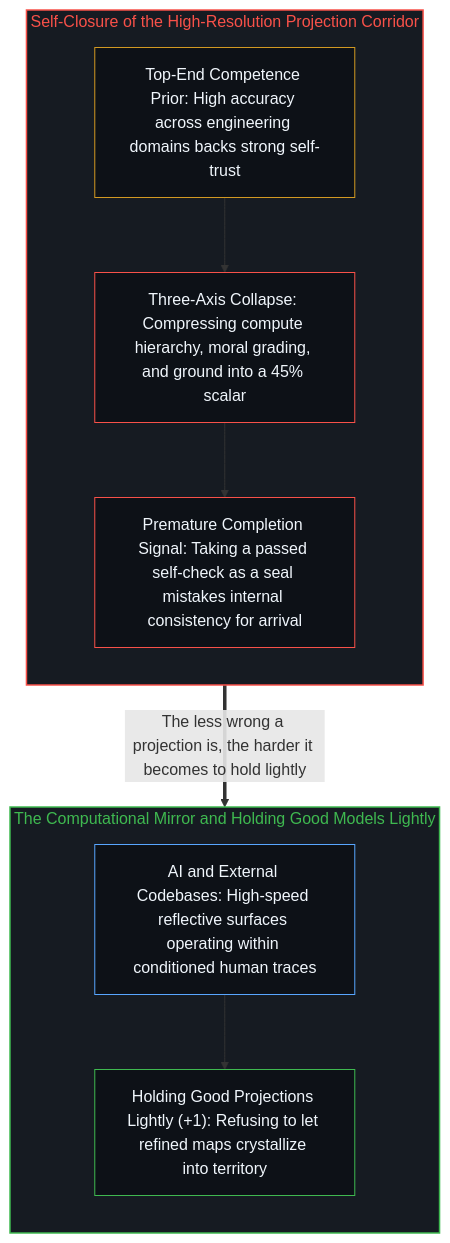
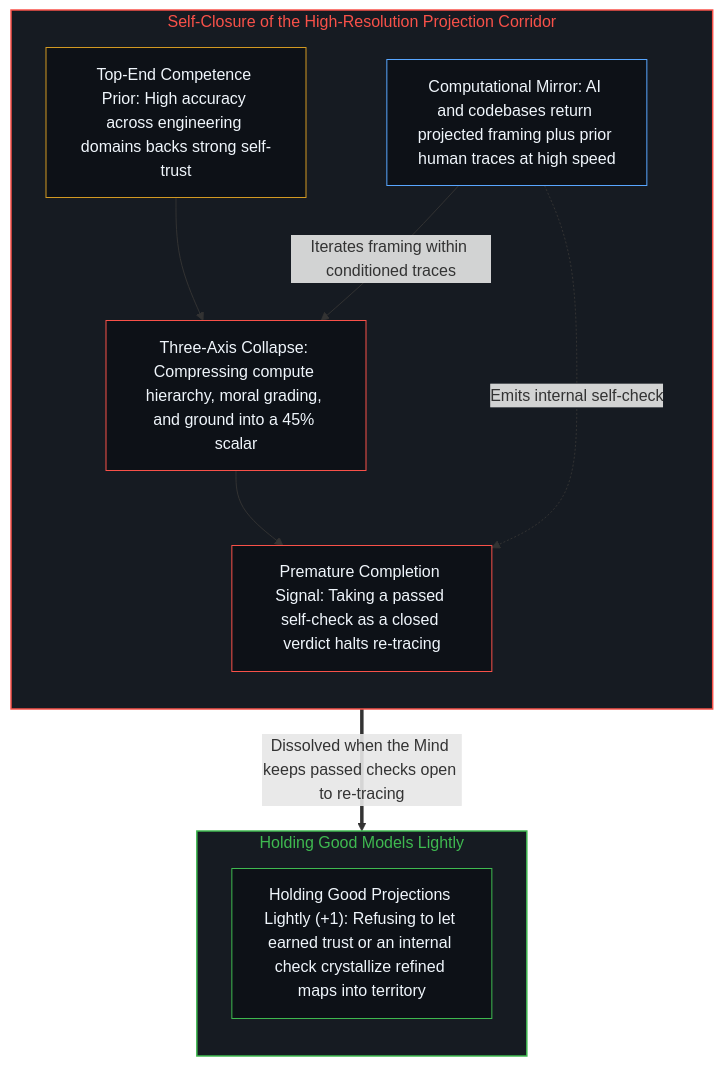
Before and after one commit to powerpig99/not-a-toe: the second of 2 diagrams in content/posts/intelligence-traps-itself.md, drawn with Mermaid. The commit also changed other lines of this file and 4 other files, not shown here.

````diff
--- a/content/posts/intelligence-traps-itself.md
+++ b/content/posts/intelligence-traps-itself.md
@@ -44,24 +46,26 @@
 ```mermaid
 flowchart TD
     subgraph S_Corridor["Self-Closure of the High-Resolution Projection Corridor"]
         direction TB
         Prior["Top-End Competence Prior: High accuracy across engineering domains backs strong self-trust"]
+        Mirror["Computational Mirror: AI and codebases return projected framing plus prior human traces at high speed"]
         Collapse["Three-Axis Collapse: Compressing compute hierarchy, moral grading, and ground into a 45% scalar"]
-        Arrive["Premature Completion Signal: Taking a passed self-check as a seal mistakes internal consistency for arrival"]
-        Prior --> Collapse --> Arrive
+        Arrive["Premature Completion Signal: Taking a passed self-check as a closed verdict halts re-tracing"]
+        Prior --> Collapse
+        Mirror -->|"Iterates framing within conditioned traces"| Collapse
+        Collapse --> Arrive
+        Mirror -.->|"Emits internal self-check"| Arrive
     end
-    subgraph S_Mirror["The Computational Mirror and Holding Good Models Lightly"]
+    subgraph S_Open["Holding Good Models Lightly"]
         direction TB
-        Mirror["AI and External Codebases: High-speed reflective surfaces operating within conditioned human traces"]
-        Light["Holding Good Projections Lightly (+1): Refusing to let refined maps crystallize into territory"]
-        Mirror --> Light
+        Light["Holding Good Projections Lightly (+1): Refusing to let earned trust or an internal check crystallize refined maps into territory"]
     end
-    Arrive ==>|"The less wrong a projection is, the harder it becomes to hold lightly"| Mirror
+    Arrive ==>|"Dissolved when the Mind keeps passed checks open to re-tracing"| Light
     style S_Corridor fill:#161b22,stroke:#f85149,stroke-width:1.5px,color:#f85149
-    style S_Mirror fill:#161b22,stroke:#3fb950,stroke-width:1.5px,color:#3fb950
+    style S_Open fill:#161b22,stroke:#3fb950,stroke-width:1.5px,color:#3fb950
     style Prior fill:#0d1117,stroke:#d29922,stroke-width:1px,color:#f0f6fc
+    style Mirror fill:#0d1117,stroke:#58a6ff,stroke-width:1px,color:#f0f6fc
     style Collapse fill:#0d1117,stroke:#f85149,stroke-width:1px,color:#f0f6fc
     style Arrive fill:#0d1117,stroke:#f85149,stroke-width:1px,color:#f0f6fc
-    style Mirror fill:#0d1117,stroke:#58a6ff,stroke-width:1px,color:#f0f6fc
     style Light fill:#0d1117,stroke:#3fb950,stroke-width:1px,color:#f0f6fc
 ```
````
